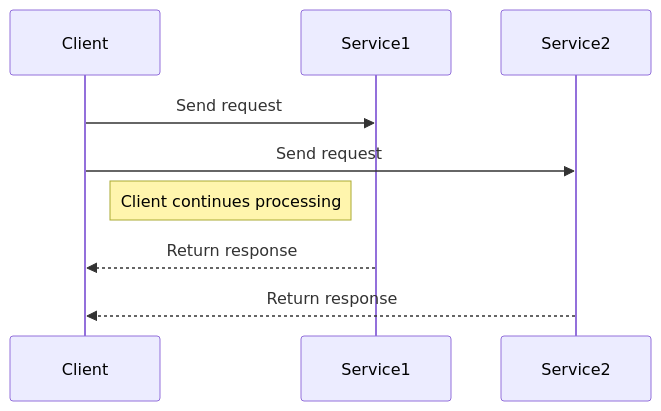
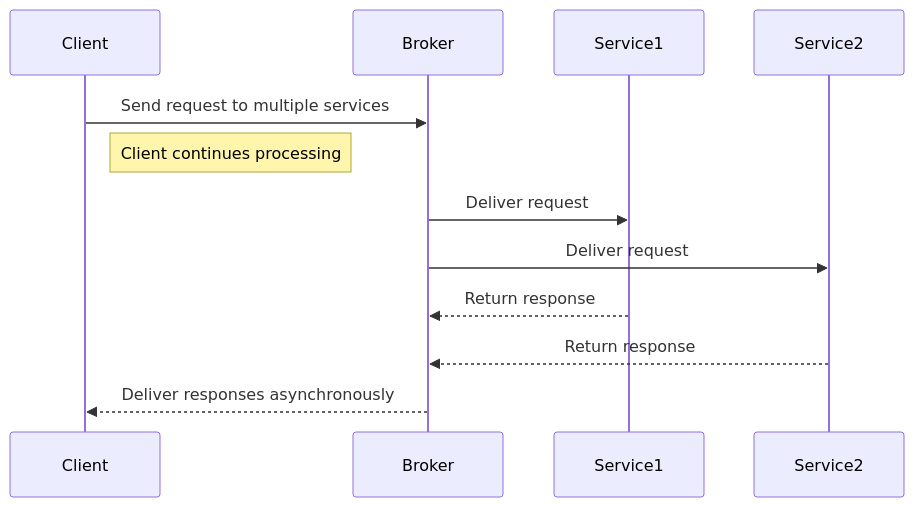
The sixth of 6 diagrams in modules/communication-sync/slides/1 - Communication styles.md (nbicocchi/learn-microservices), drawn with Mermaid before and after one commit. The commit also changed other lines of this file, not shown here.

````diff
--- a/modules/communication-sync/slides/1 - Communication styles.md
+++ b/modules/communication-sync/slides/1 - Communication styles.md
@@ -255,12 +320,15 @@
 ```mermaid
 sequenceDiagram
     participant Client
+    participant Broker
     participant Service1
     participant Service2
 
-    Client->>Service1: Send request
-    Client->>Service2: Send request
+    Client->>Broker: Send request to multiple services
     Note right of Client: Client continues processing
-    Service1-->>Client: Return response
-    Service2-->>Client: Return response
+    Broker->>Service1: Deliver request
+    Broker->>Service2: Deliver request
+    Service1-->>Broker: Return response
+    Service2-->>Broker: Return response
+    Broker-->>Client: Deliver responses asynchronously
 ```
````
